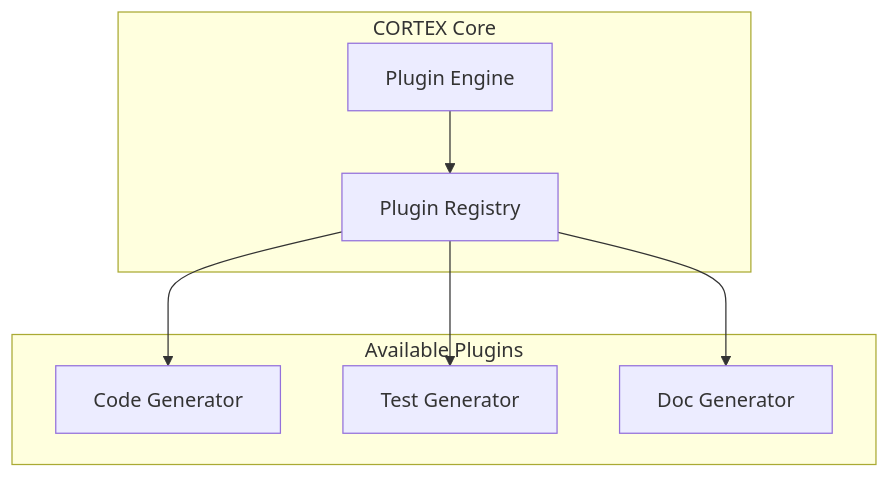
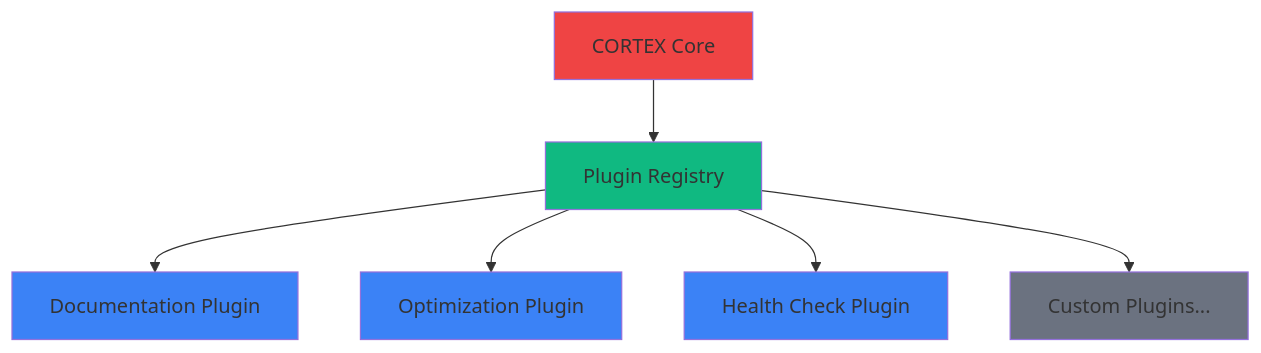
The diagram in docs/diagrams/mermaid/11-plugin-architecture.mmd (asifhussain60/CORTEX), drawn with Mermaid before and after one commit. The commit also changed 116 other files, not shown here.

First line of the commit message:
docs: Update documentation structure, diagrams, and narratives

```diff
--- a/docs/diagrams/mermaid/11-plugin-architecture.mmd
+++ b/docs/diagrams/mermaid/11-plugin-architecture.mmd
@@ -1,16 +1,13 @@
 graph TB
-    subgraph Core["CORTEX Core"]
-        Engine[Plugin Engine]
-        Registry[Plugin Registry]
-    end
+    CORE[CORTEX Core] --> REGISTRY[Plugin Registry]
+    REGISTRY --> P1[Documentation Plugin]
+    REGISTRY --> P2[Optimization Plugin]
+    REGISTRY --> P3[Health Check Plugin]
+    REGISTRY --> P4[Custom Plugins...]
     
-    subgraph Plugins["Available Plugins"]
-        P1[Code Generator]
-        P2[Test Generator]
-        P3[Doc Generator]
-    end
-    
-    Engine --> Registry
-    Registry --> P1
-    Registry --> P2
-    Registry --> P3
+    style CORE fill:#EF4444
+    style REGISTRY fill:#10B981
+    style P1 fill:#3B82F6
+    style P2 fill:#3B82F6
+    style P3 fill:#3B82F6
+    style P4 fill:#6B7280
```
